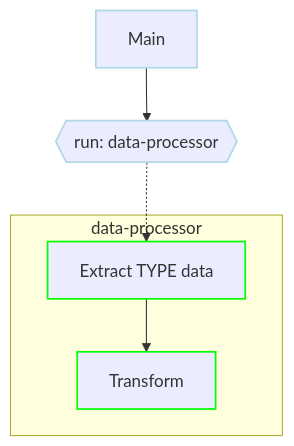
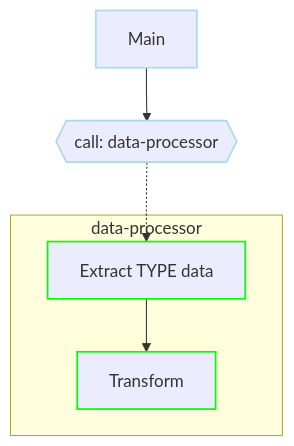
One commit to dagu-org/dagu changed diagram 13 of 20 in docs/writing-workflows/examples.md. Above: the diagram before and after it, drawn with Mermaid. The commit also changed other lines of this file and 14 other files, not shown here.

Commit message:
doc: update 'run' to 'call'

````diff
--- a/docs/writing-workflows/examples.md
+++ b/docs/writing-workflows/examples.md
@@ -469,12 +469,12 @@
 ```mermaid
 graph TD
-  M[Main] --> DP{{run: data-processor}}
+  M[Main] --> DP{{call: data-processor}}
   subgraph data-processor
     E["Extract TYPE data"] --> T[Transform]
   end
   DP -.-> E
   style M stroke:lightblue,stroke-width:1.6px,color:#333
   style DP stroke:lightblue,stroke-width:1.6px,color:#333
   style E stroke:lime,stroke-width:1.6px,color:#333
   style T stroke:lime,stroke-width:1.6px,color:#333
 ```
````
